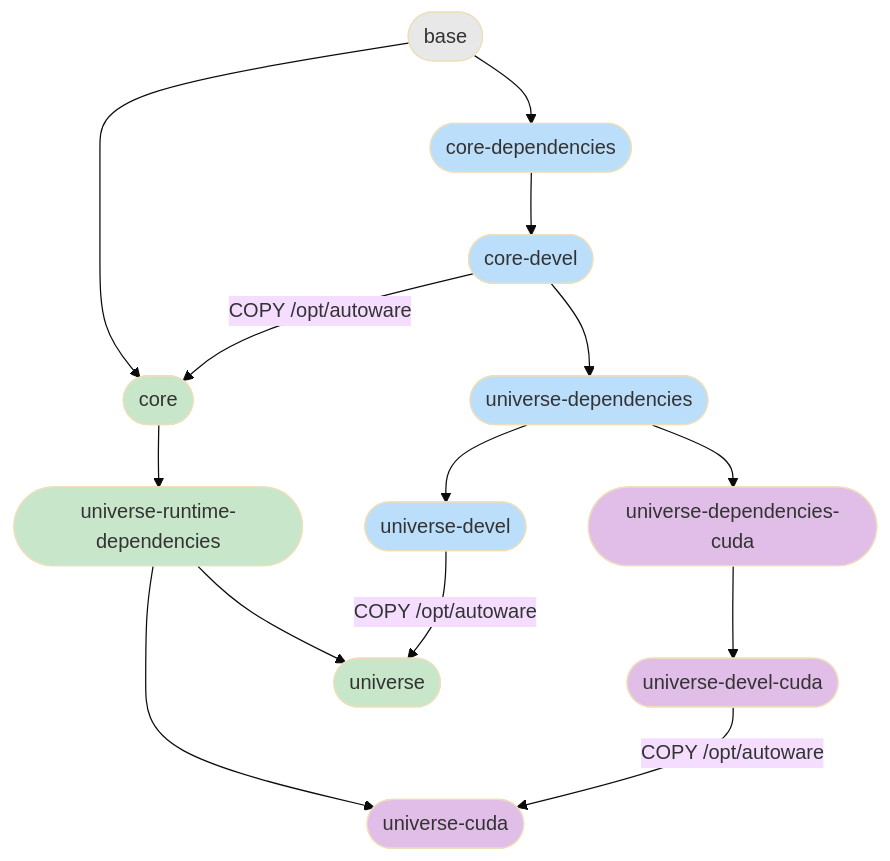
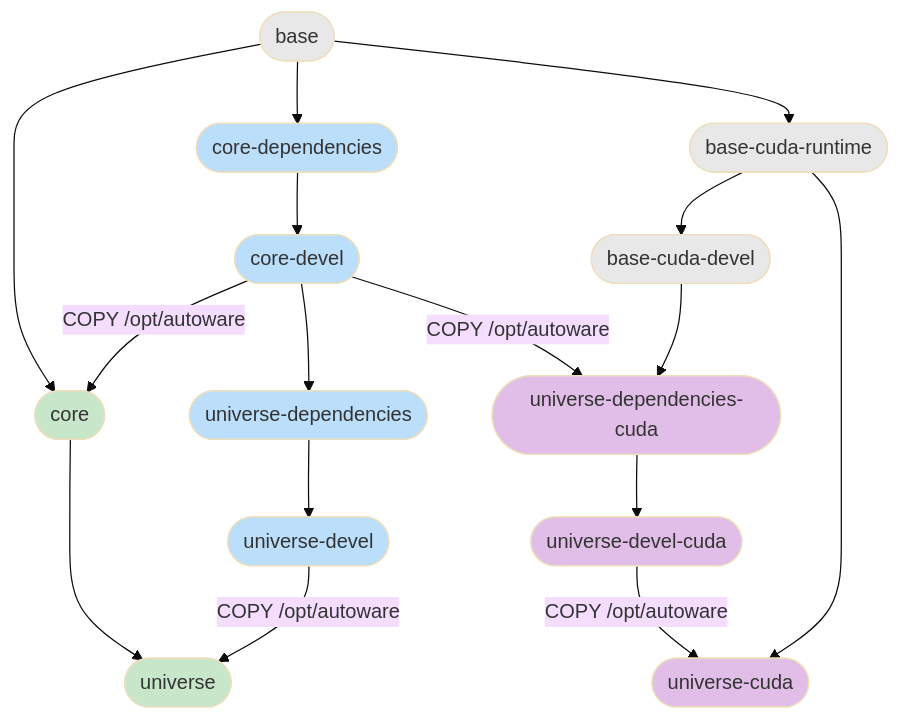
Before and after one commit to TomcoGame/Autoware-Assurance-Stack: the diagram in docker-new/README.md, drawn with Mermaid (base theme). The commit also changed other lines of this file and 15 other files, not shown here.

First line of the commit message:
ci(docker-new): split base-cuda layer and restructure CI pipelines (#7033)

````diff
--- a/docker-new/README.md
+++ b/docker-new/README.md
@@ -5,25 +5,23 @@
 ```mermaid
-graph TD
-    base(["base"])
-    base --> core-dependencies(["core-dependencies"])
+graph TB
+    base(["base"]) --> core-dependencies(["core-dependencies"]) & core(["core"]) & base-cuda-runtime(["base-cuda-runtime"])
     core-dependencies --> core-devel(["core-devel"])
     core-devel --> universe-dependencies(["universe-dependencies"])
-    universe-dependencies --> universe-dependencies-cuda(["universe-dependencies-cuda"])
     universe-dependencies --> universe-devel(["universe-devel"])
-    universe-dependencies-cuda --> universe-devel-cuda(["universe-devel-cuda"])
-    base --> core(["core"])
+    universe-dependencies-cuda(["universe-dependencies-cuda"]) --> universe-devel-cuda(["universe-devel-cuda"])
     core-devel -- " COPY /opt/autoware " --> core
-    core --> universe-runtime-dependencies(["universe-runtime-dependencies"])
-    universe-runtime-dependencies --> universe(["universe"])
-    universe-runtime-dependencies --> universe-cuda(["universe-cuda"])
+    core --> universe(["universe"])
     universe-devel -- " COPY /opt/autoware " --> universe
-    universe-devel-cuda -- " COPY /opt/autoware " --> universe-cuda
+    universe-devel-cuda -- " COPY /opt/autoware " --> universe-cuda(["universe-cuda"])
+    core-devel -- " COPY /opt/autoware " --> universe-dependencies-cuda
+    base-cuda-devel(["base-cuda-devel"]) --> universe-dependencies-cuda
+    base-cuda-runtime --> universe-cuda & base-cuda-devel
     classDef base fill: #e8e8e8, color: #333
     classDef devel fill: #bbdefb, color: #333
     classDef runtime fill: #c8e6c9, color: #333
     classDef cuda fill: #e1bee7, color: #333
-    class base base
+    class base,base-cuda-runtime,base-cuda-devel base
     class core-dependencies,core-devel,universe-dependencies,universe-devel devel
-    class core,universe-runtime-dependencies,universe runtime
+    class core,universe runtime
     class universe-dependencies-cuda,universe-devel-cuda,universe-cuda cuda
 ```
````
